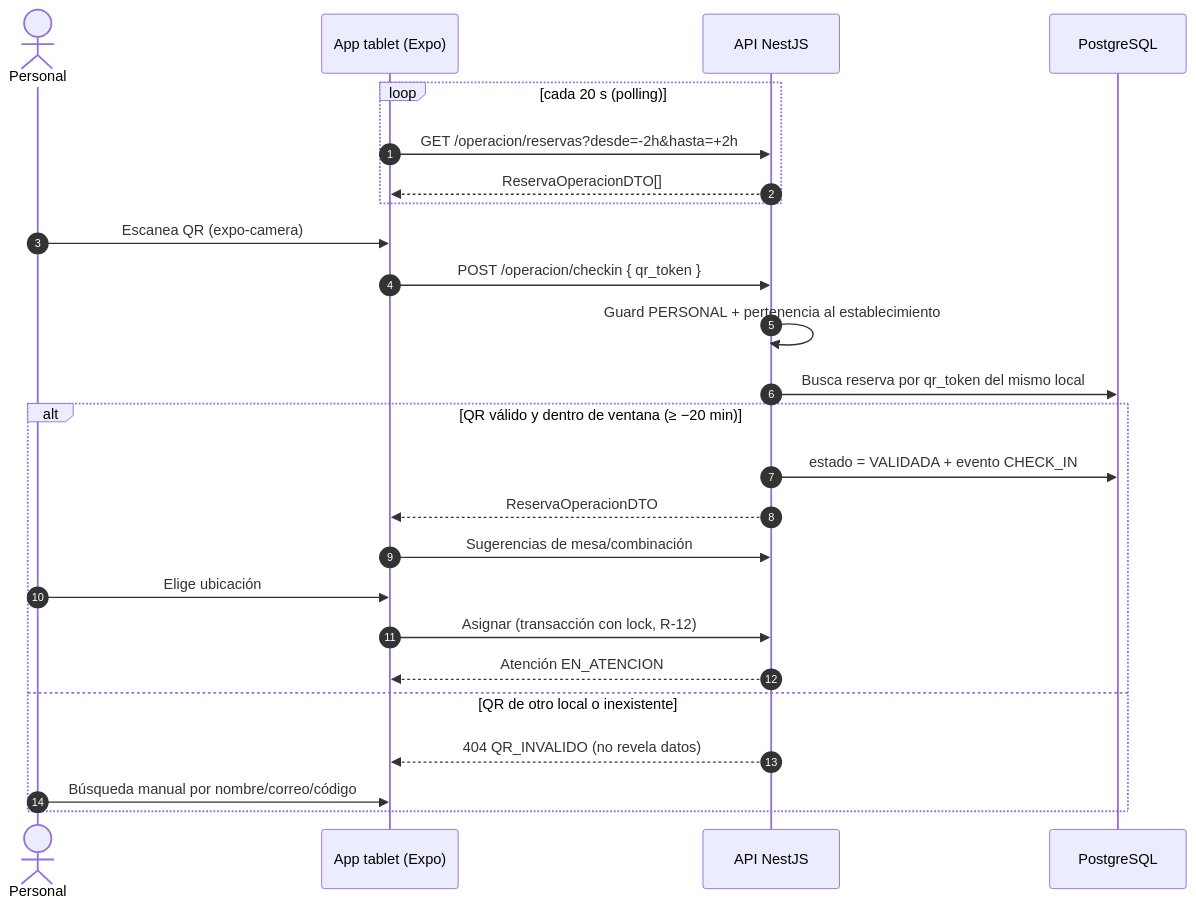
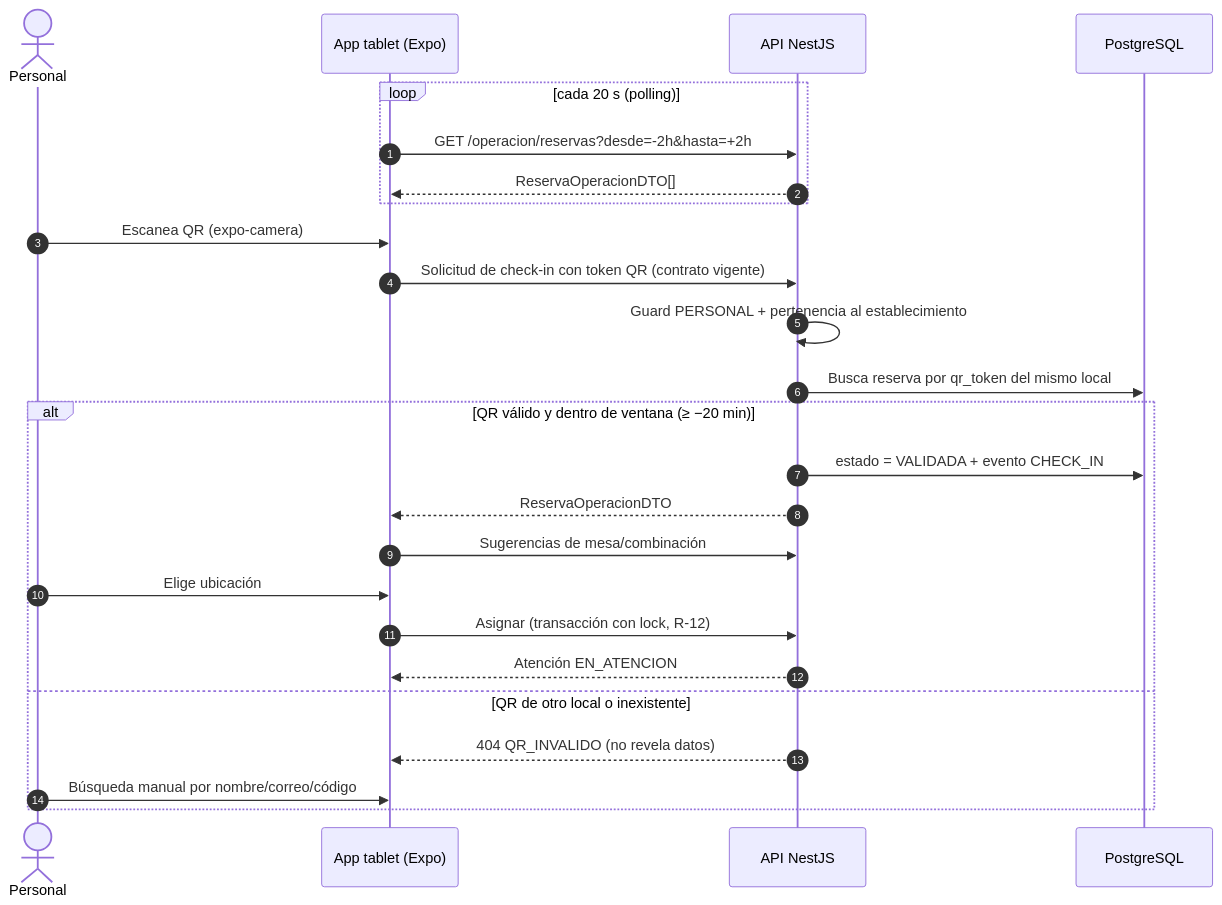
Before and after one commit to DanGodfray/Proyecto_Capstone_Barmatch: the fifth of 6 diagrams in FASE_2/Evidencias Proyecto/Evidencias de documentación/00BarMatchIA_MarcoAgil/05_diseno/03_uml.md, drawn with Mermaid. The commit also changed other lines of this file and 26 other files, not shown here.

````diff
--- a/FASE_2/Evidencias Proyecto/Evidencias de documentación/00BarMatchIA_MarcoAgil/05_diseno/03_uml.md
+++ b/FASE_2/Evidencias Proyecto/Evidencias de documentación/00BarMatchIA_MarcoAgil/05_diseno/03_uml.md
@@ -207,28 +209,28 @@
 ```mermaid
 sequenceDiagram
   autonumber
   actor P as Personal
   participant APP as App tablet (Expo)
   participant API as API NestJS
   participant DB as PostgreSQL
 
   loop cada 20 s (polling)
     APP->>API: GET /operacion/reservas?desde=-2h&hasta=+2h
     API-->>APP: ReservaOperacionDTO[]
   end
   P->>APP: Escanea QR (expo-camera)
-  APP->>API: POST /operacion/checkin { qr_token }
+  APP->>API: Solicitud de check-in con token QR (contrato vigente)
   API->>API: Guard PERSONAL + pertenencia al establecimiento
   API->>DB: Busca reserva por qr_token del mismo local
   alt QR válido y dentro de ventana (≥ −20 min)
     API->>DB: estado = VALIDADA + evento CHECK_IN
     API-->>APP: ReservaOperacionDTO
     APP->>API: Sugerencias de mesa/combinación
     P->>APP: Elige ubicación
     APP->>API: Asignar (transacción con lock, R-12)
     API-->>APP: Atención EN_ATENCION
   else QR de otro local o inexistente
     API-->>APP: 404 QR_INVALIDO (no revela datos)
     P->>APP: Búsqueda manual por nombre/correo/código
   end
 ```
````
